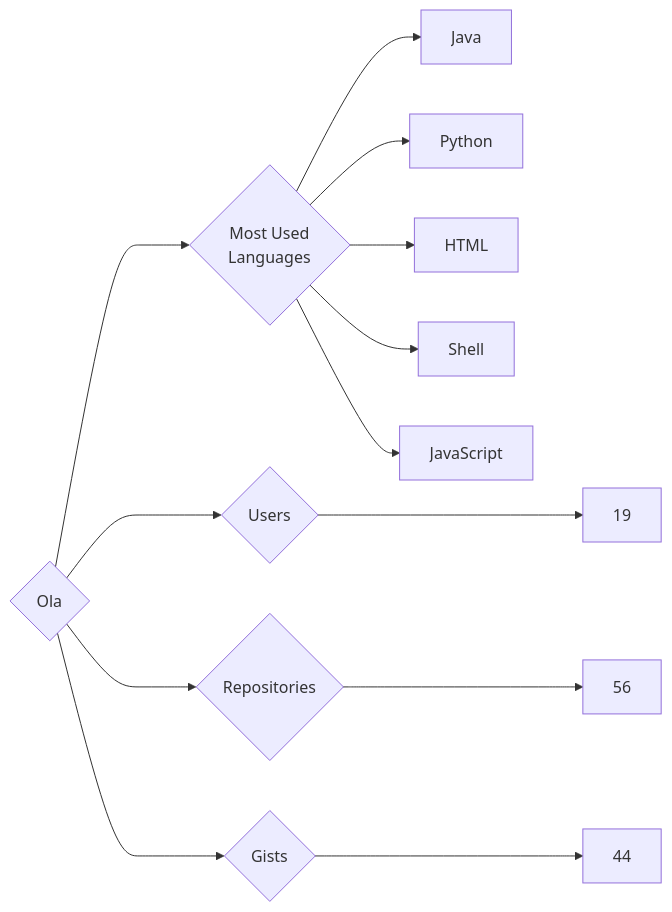
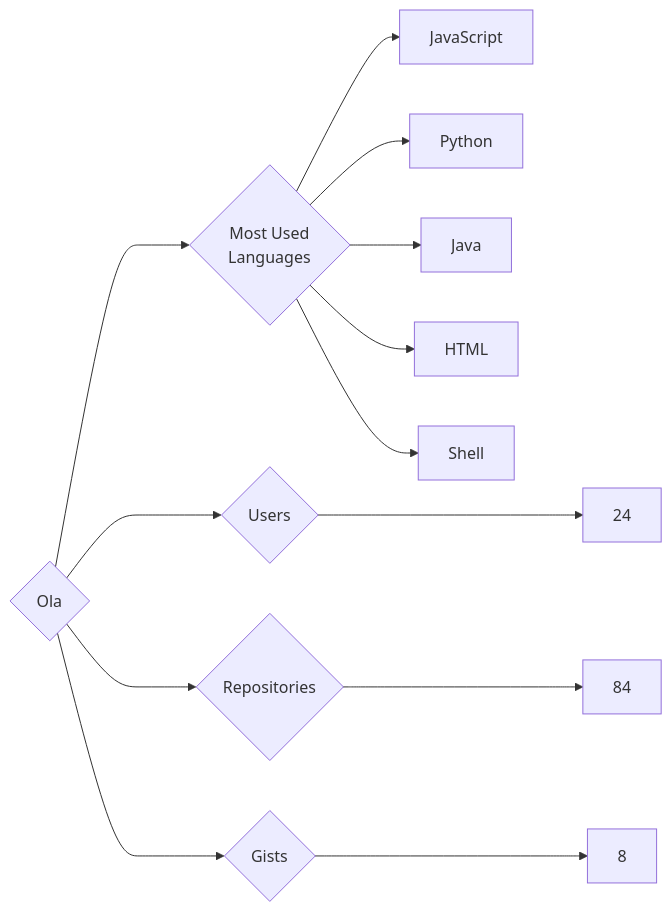
One commit to trickest/insiders changed the diagram in targets/Ola/README.md. Above: the diagram before and after it, drawn with Mermaid. The commit also changed 955 other files, not shown here.

````diff
--- a/targets/Ola/README.md
+++ b/targets/Ola/README.md
@@ -3,13 +3,13 @@
 ```mermaid
 graph LR
 COMPANY_NAME{Ola}
-COMPANY_NAME ---> U{Users} ---> UN[19]
-COMPANY_NAME ---> R{Repositories} ---> RN[56]
-COMPANY_NAME ---> G{Gists} ---> GN[44]
+COMPANY_NAME ---> U{Users} ---> UN[24]
+COMPANY_NAME ---> R{Repositories} ---> RN[84]
+COMPANY_NAME ---> G{Gists} ---> GN[8]
 COMPANY_NAME ---> ML{Most Used<br>Languages}
+ML --> JavaScript[JavaScript]
+ML --> Python[Python]
 ML --> Java[Java]
-ML --> Python[Python]
 ML --> HTML[HTML]
 ML --> Shell[Shell]
-ML --> JavaScript[JavaScript]
 ```
````
